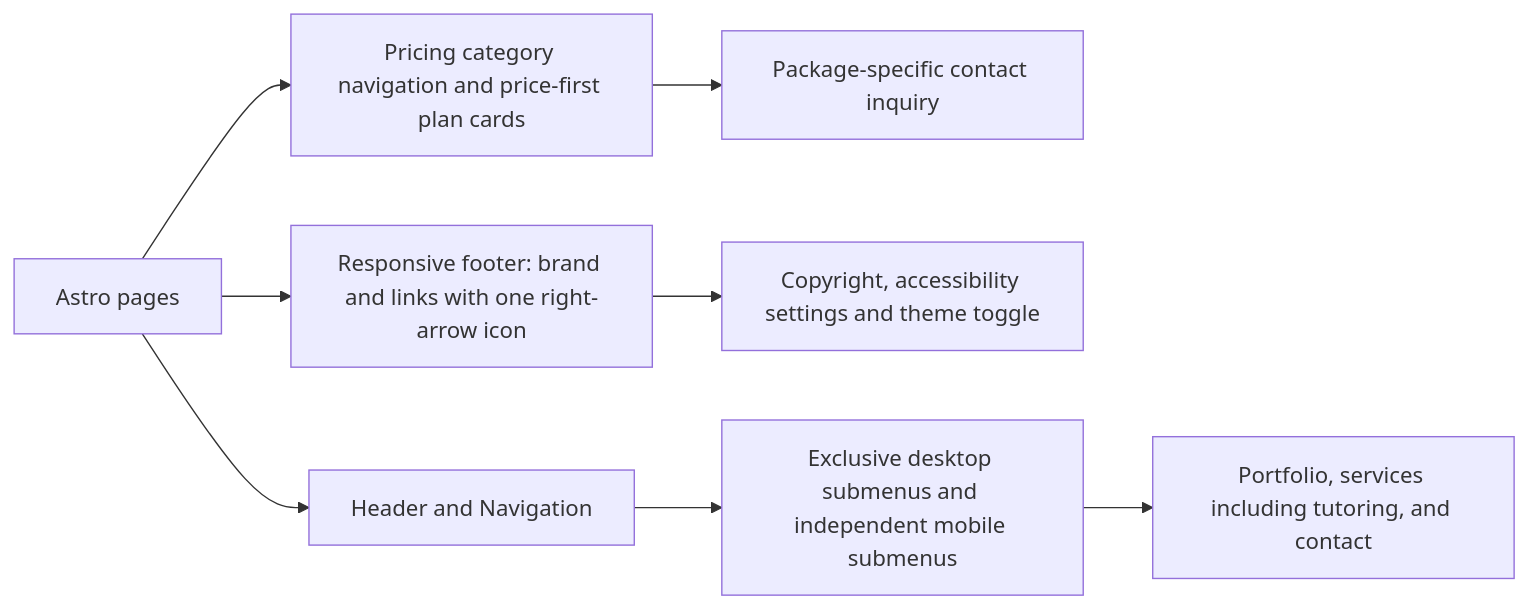
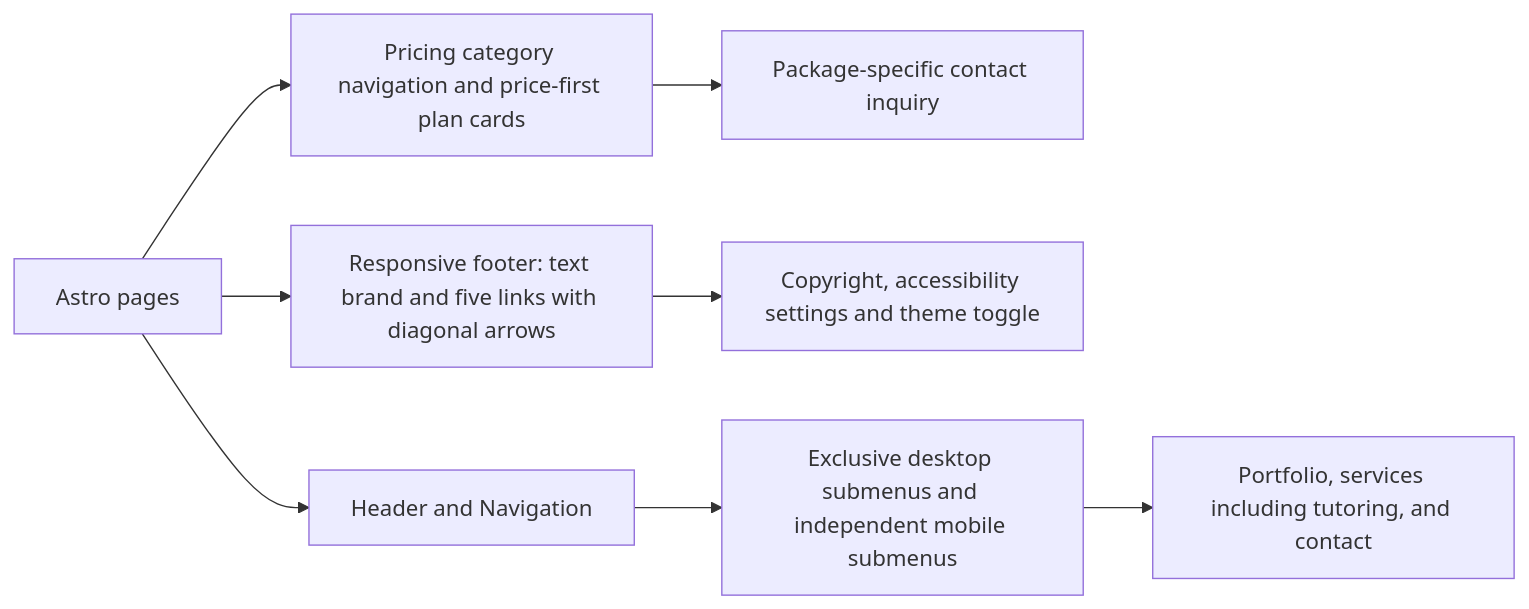
Before and after one commit to anoblet/astronautical-apogee: the diagram in src/components/readme.md, drawn with Mermaid. The commit also changed other lines of this file and 3 other files, not shown here.

Commit message:
fix(footer): use diagonal arrows and a text brand link

````diff
--- a/src/components/readme.md
+++ b/src/components/readme.md
@@ -23,10 +23,10 @@
 ```mermaid
 flowchart LR
   Routes[Astro pages] --> Pricing[Pricing category navigation and price-first plan cards]
   Pricing --> Inquiry[Package-specific contact inquiry]
-  Routes --> Footer[Responsive footer: brand and links with one right-arrow icon]
+  Routes --> Footer[Responsive footer: text brand and five links with diagonal arrows]
   Footer --> Utilities[Copyright, accessibility settings and theme toggle]
   Routes[Astro pages] --> Header[Header and Navigation]
   Header --> Menu[Exclusive desktop submenus and independent mobile submenus]
   Menu --> Destinations[Portfolio, services including tutoring, and contact]
 ```
````
